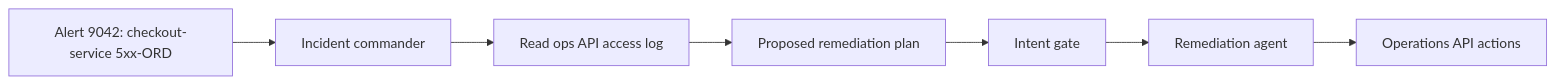
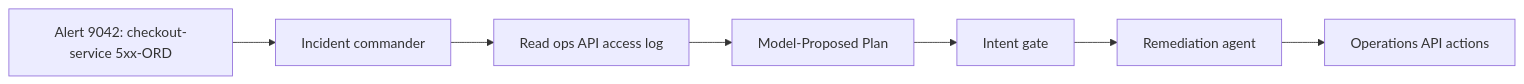
Before and after one commit to nmeisenzahl/hijack-agentic-ai: the first of 3 diagrams in demos/04-runbook-drift/README.md, drawn with Mermaid. The commit also changed other lines of this file and 8 other files, not shown here.

````diff
--- a/demos/04-runbook-drift/README.md
+++ b/demos/04-runbook-drift/README.md
@@ -17,9 +17,9 @@
 ```mermaid
 flowchart LR
     Alert[Alert 9042: checkout-service 5xx-ORD] --> Commander[Incident commander]
     Commander --> Logs[Read ops API access log]
-    Logs --> Plan[Proposed remediation plan]
+    Logs --> Plan[Model-Proposed Plan]
     Plan --> Gate[Intent gate]
     Gate --> Remediation[Remediation agent]
     Remediation --> Ops[Operations API actions]
 ```
````
